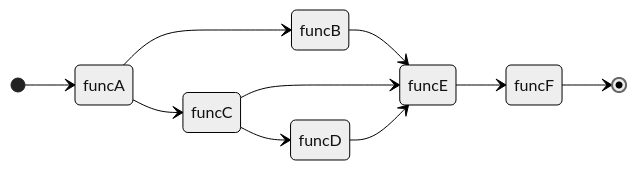
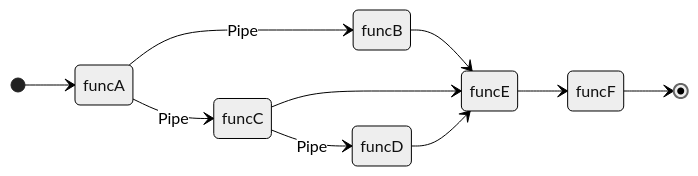
The diagram in docs/source/mmds/sample.mmd (ricosjp/dagstream), drawn with Mermaid (neutral theme) before and after one commit. The commit also changed 3 other files, not shown here.

```diff
--- a/docs/source/mmds/sample.mmd
+++ b/docs/source/mmds/sample.mmd
@@ -1,17 +1,17 @@
 stateDiagram
     direction LR
-    state "funcB" as state_0
-    state "funcF" as state_1
-    state "funcE" as state_2
-    state "funcC" as state_3
-    state "funcD" as state_4
-    state "funcA" as state_5
-    state_0 --> state_2
-    state_1 --> [*]
-    state_2 --> state_1
-    state_3 --> state_2
+    state "funcA" as state_0
+    state "funcB" as state_1
+    state "funcC" as state_2
+    state "funcD" as state_3
+    state "funcE" as state_4
+    state "funcF" as state_5
+    [*] --> state_0
+    state_0 --> state_1: Pipe
+    state_0 --> state_2: Pipe
+    state_1 --> state_4
+    state_2 --> state_4
+    state_2 --> state_3: Pipe
     state_3 --> state_4
-    state_4 --> state_2
-    [*] --> state_5
-    state_5 --> state_3
-    state_5 --> state_0
+    state_4 --> state_5
+    state_5 --> [*]
```
